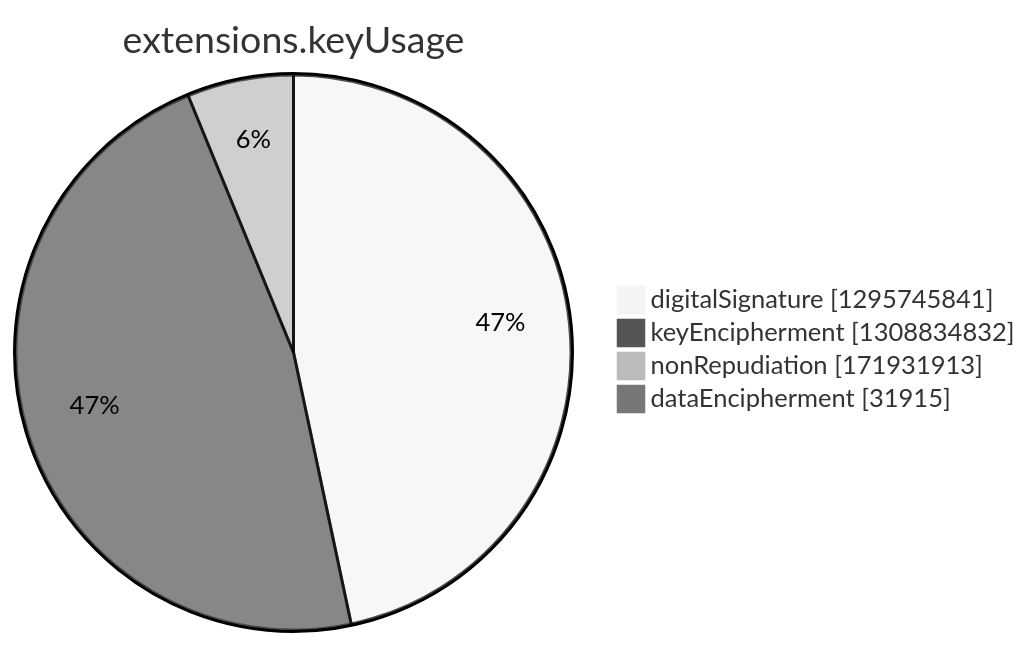
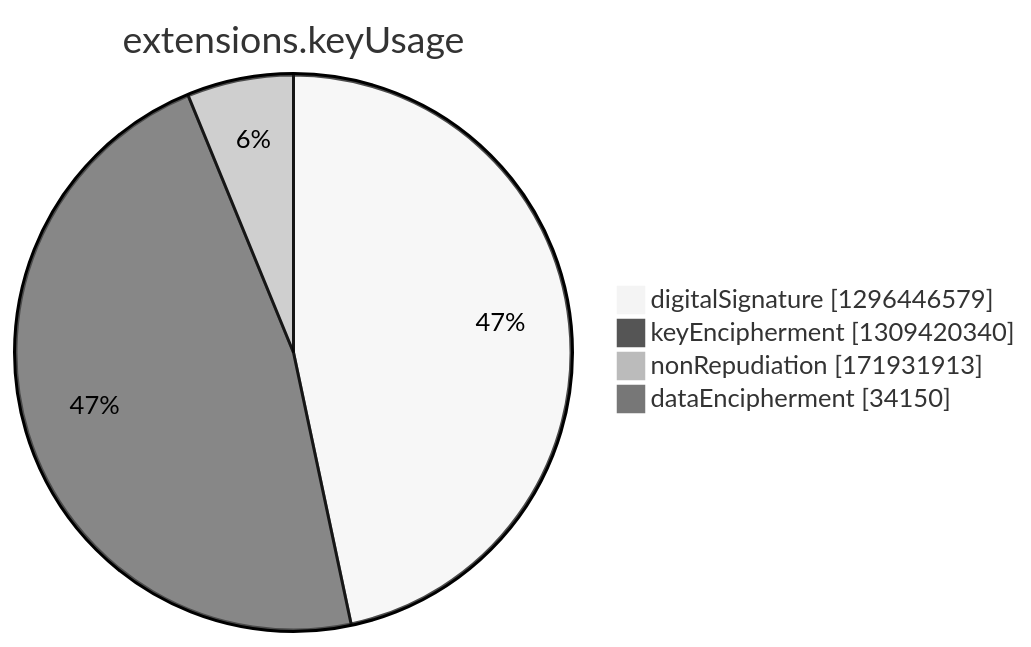
The seventh of 15 diagrams in argon2022/README.md (christiankrug/ctmonitor_visualization), drawn with Mermaid (neutral theme) before and after one commit. The commit also changed other lines of this file, not shown here.

````diff
--- a/argon2022/README.md
+++ b/argon2022/README.md
@@ -2749,8 +2749,8 @@
 ```mermaid
 pie showData
 title extensions.keyUsage
-"digitalSignature" :1295745841
-"keyEncipherment" :1308834832
+"digitalSignature" :1296446579
+"keyEncipherment" :1309420340
 "nonRepudiation" :171931913
-"dataEncipherment" :31915
+"dataEncipherment" :34150
 ```
````
